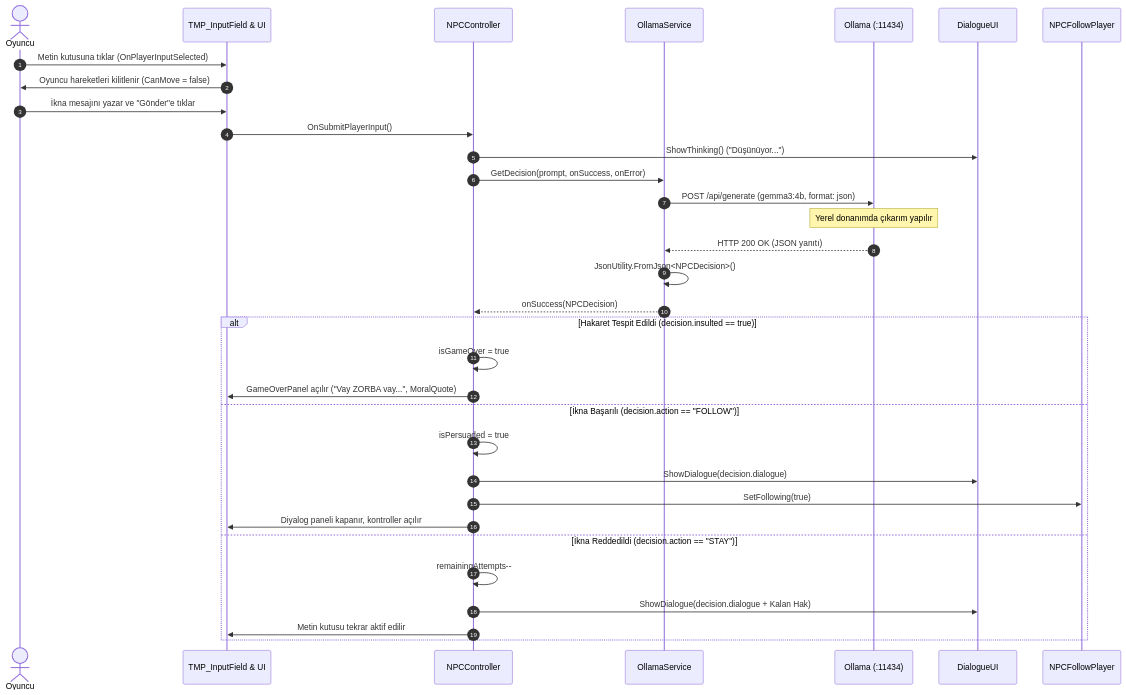
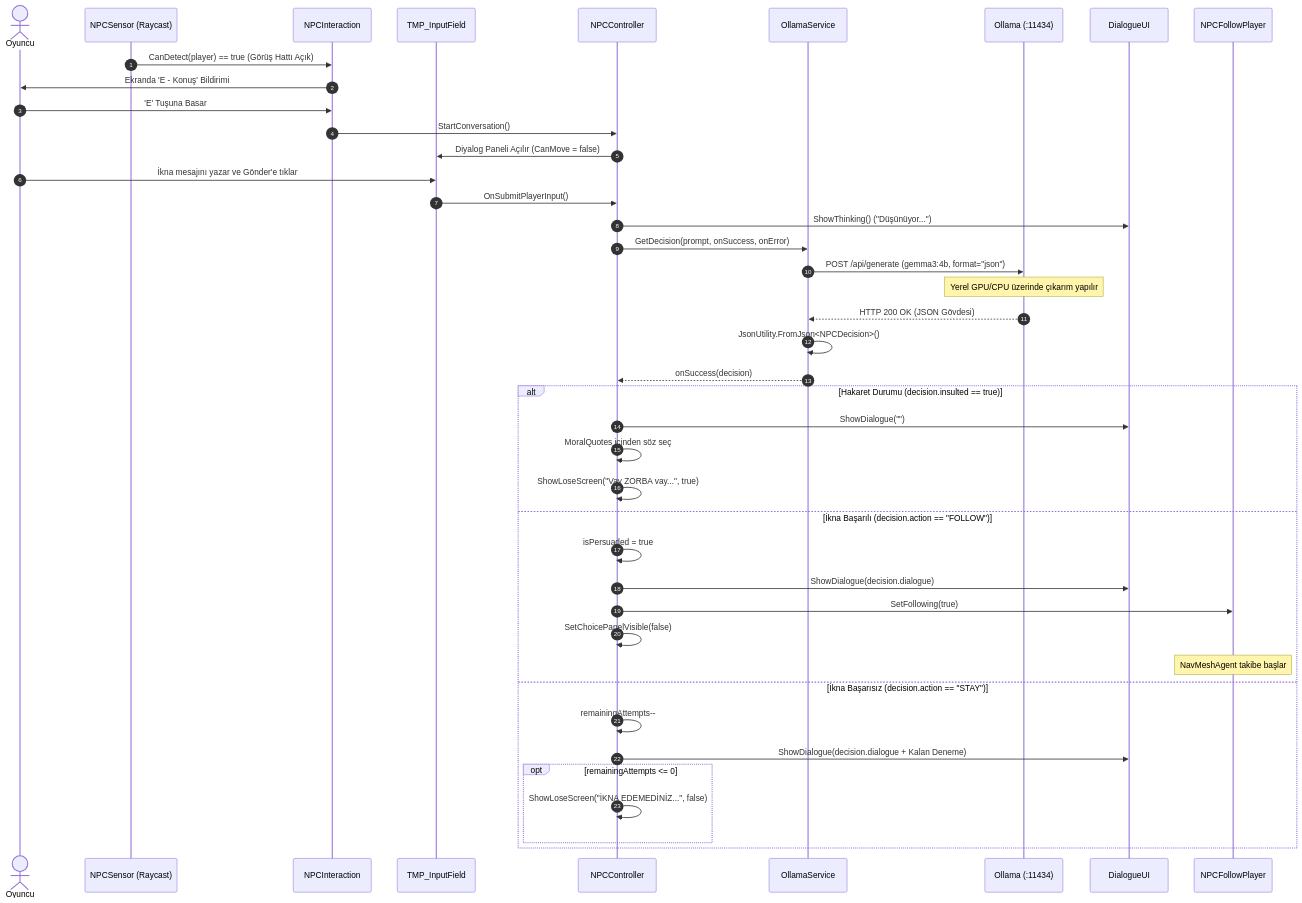
Before and after one commit to Fe4ry/3D_Game_With_AI: the second of 2 diagrams in README.md, drawn with Mermaid. The commit also changed other lines of this file, not shown here.

````diff
--- a/README.md
+++ b/README.md
@@ -248,37 +161,47 @@
 ```mermaid
 sequenceDiagram
     autonumber
     actor Oyuncu
-    participant UI as TMP_InputField & UI
-    participant NPC as NPCController
+    participant Sensor as NPCSensor (Raycast)
+    participant Interact as NPCInteraction
+    participant Input as TMP_InputField
+    participant Ctrl as NPCController
     participant Svc as OllamaService
     participant LLM as Ollama (:11434)
     participant Bubble as DialogueUI
     participant Follow as NPCFollowPlayer
-
-    Oyuncu->>UI: Metin kutusuna tıklar (OnPlayerInputSelected)
-    UI->>Oyuncu: Oyuncu hareketleri kilitlenir (CanMove = false)
-    Oyuncu->>UI: İkna mesajını yazar ve "Gönder"e tıklar
-    UI->>NPC: OnSubmitPlayerInput()
-    NPC->>Bubble: ShowThinking() ("Düşünüyor...")
-    NPC->>Svc: GetDecision(prompt, onSuccess, onError)
-    Svc->>LLM: POST /api/generate (gemma3:4b, format: json)
-    Note over LLM: Yerel donanımda çıkarım yapılır
-    LLM-->>Svc: HTTP 200 OK (JSON yanıtı)
+ 
+    Sensor->>Interact: CanDetect(player) == true (Görüş Hattı Açık)
+    Interact->>Oyuncu: Ekranda 'E - Konuş' Bildirimi
+    Oyuncu->>Interact: 'E' Tuşuna Basar
+    Interact->>Ctrl: StartConversation()
+    Ctrl->>Input: Diyalog Paneli Açılır (CanMove = false)
+ 
+    Oyuncu->>Input: İkna mesajını yazar ve Gönder'e tıklar
+    Input->>Ctrl: OnSubmitPlayerInput()
+    Ctrl->>Bubble: ShowThinking() ("Düşünüyor...")
+    Ctrl->>Svc: GetDecision(prompt, onSuccess, onError)
+    Svc->>LLM: POST /api/generate (gemma3:4b, format="json")
+    Note over LLM: Yerel GPU/CPU üzerinde çıkarım yapılır
+    LLM-->>Svc: HTTP 200 OK (JSON Gövdesi)
     Svc->>Svc: JsonUtility.FromJson<NPCDecision>()
-    Svc-->>NPC: onSuccess(NPCDecision)
-
-    alt Hakaret Tespit Edildi (decision.insulted == true)
-        NPC->>NPC: isGameOver = true
-        NPC->>UI: GameOverPanel açılır ("Vay ZORBA vay...", MoralQuote)
+    Svc-->>Ctrl: onSuccess(decision)
+ 
+    alt Hakaret Durumu (decision.insulted == true)
+        Ctrl->>Bubble: ShowDialogue("")
+        Ctrl->>Ctrl: MoralQuotes içinden söz seç
+        Ctrl->>Ctrl: ShowLoseScreen("Vay ZORBA vay...", true)
     else İkna Başarılı (decision.action == "FOLLOW")
-        NPC->>NPC: isPersuaded = true
-        NPC->>Bubble: ShowDialogue(decision.dialogue)
-        NPC->>Follow: SetFollowing(true)
-        NPC->>UI: Diyalog paneli kapanır, kontroller açılır
-    else İkna Reddedildi (decision.action == "STAY")
-        NPC->>NPC: remainingAttempts--
-        NPC->>Bubble: ShowDialogue(decision.dialogue + Kalan Hak)
-        NPC->>UI: Metin kutusu tekrar aktif edilir
+        Ctrl->>Ctrl: isPersuaded = true
+        Ctrl->>Bubble: ShowDialogue(decision.dialogue)
+        Ctrl->>Follow: SetFollowing(true)
+        Ctrl->>Ctrl: SetChoicePanelVisible(false)
+        Note over Follow: NavMeshAgent takibe başlar
+    else İkna Başarısız (decision.action == "STAY")
+        Ctrl->>Ctrl: remainingAttempts--
+        Ctrl->>Bubble: ShowDialogue(decision.dialogue + Kalan Deneme)
+        opt remainingAttempts <= 0
+            Ctrl->>Ctrl: ShowLoseScreen("İKNA EDEMEDİNİZ...", false)
+        end
     end
 ```
````
